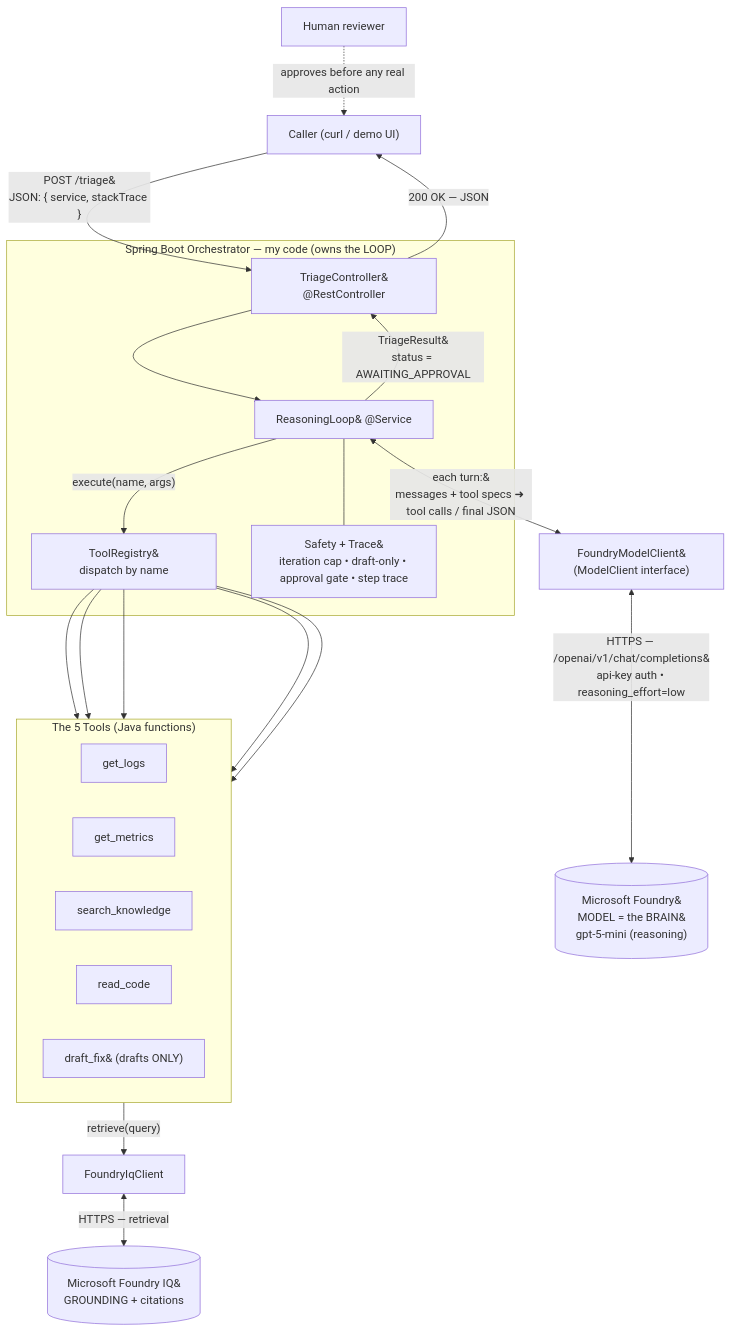
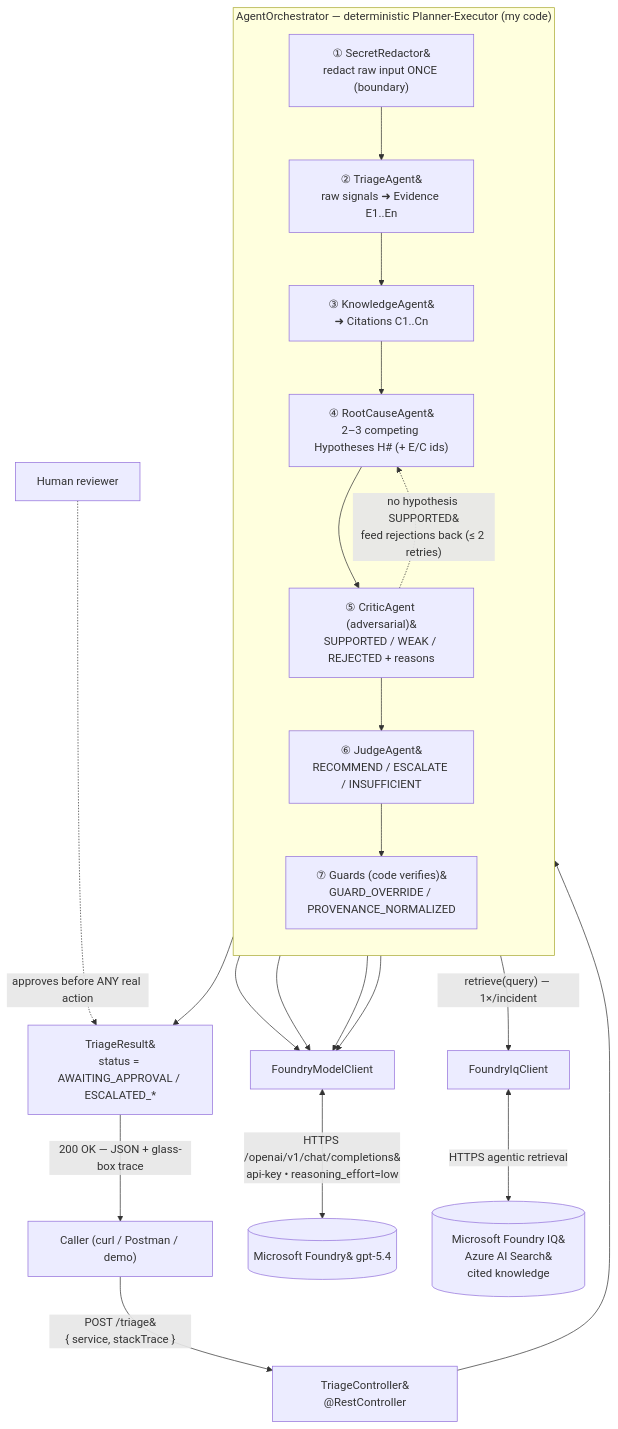
Before and after one commit to PraveenaKumaran/ai-sre-agent: the first of 2 diagrams in docs/architecture.md, drawn with Mermaid. The commit also changed other lines of this file and 10 other files, not shown here.

Commit message:
docs: 5-agent README + architecture diagrams, demo playbook, eval before/after + sample runs

````diff
--- a/docs/architecture.md
+++ b/docs/architecture.md
@@ -18,40 +28,31 @@
 ```mermaid
 flowchart TD
-    Client["Caller (curl / demo UI)"]
-    Client -->|"POST /triage&#10;JSON: { service, stackTrace }"| Controller
+    Client["Caller (curl / Postman / demo)"] -->|"POST /triage&#10;{ service, stackTrace }"| Controller["TriageController&#10;@RestController"]
+    Controller --> Orchestrator
 
-    subgraph Orchestrator["Spring Boot Orchestrator — my code (owns the LOOP)"]
-        Controller["TriageController&#10;@RestController"]
-        Loop["ReasoningLoop&#10;@Service"]
-        Registry["ToolRegistry&#10;dispatch by name"]
-        Safety["Safety + Trace&#10;iteration cap • draft-only • approval gate • step trace"]
-        Controller --> Loop
-        Loop --- Safety
-        Loop -->|"execute(name, args)"| Registry
+    subgraph Orchestrator["AgentOrchestrator — deterministic Planner-Executor (my code)"]
+        direction TB
+        Redact["① SecretRedactor&#10;redact raw input ONCE (boundary)"]
+        Triage["② TriageAgent&#10;raw signals ➜ Evidence E1..En"]
+        Knowledge["③ KnowledgeAgent&#10;➜ Citations C1..Cn"]
+        RootCause["④ RootCauseAgent&#10;2–3 competing Hypotheses H# (+ E/C ids)"]
+        Critic["⑤ CriticAgent (adversarial)&#10;SUPPORTED / WEAK / REJECTED + reasons"]
+        Judge["⑥ JudgeAgent&#10;RECOMMEND / ESCALATE / INSUFFICIENT"]
+        Guards["⑦ Guards (code verifies)&#10;GUARD_OVERRIDE / PROVENANCE_NORMALIZED"]
+        Redact --> Triage --> Knowledge --> RootCause --> Critic
+        Critic -. "no hypothesis SUPPORTED&#10;feed rejections back (≤ 2 retries)" .-> RootCause
+        Critic --> Judge --> Guards
     end
 
-    Loop <-->|"each turn:&#10;messages + tool specs ➜ tool calls / final JSON"| ModelClient["FoundryModelClient&#10;(ModelClient interface)"]
-    ModelClient <-->|"HTTPS — /openai/v1/chat/completions&#10;api-key auth • reasoning_effort=low"| Foundry[("Microsoft Foundry&#10;MODEL = the BRAIN&#10;gpt-5-mini (reasoning)")]
+    Triage --> Model
+    RootCause --> Model
+    Critic --> Model
+    Judge --> Model
+    Model["FoundryModelClient"] <-->|"HTTPS /openai/v1/chat/completions&#10;api-key • reasoning_effort=low"| Foundry[("Microsoft Foundry&#10;gpt-5.4")]
+    Knowledge -->|"retrieve(query) — 1×/incident"| Iq["FoundryIqClient"]
+    Iq <-->|"HTTPS agentic retrieval"| IQ[("Microsoft Foundry IQ&#10;Azure AI Search&#10;cited knowledge")]
 
-    subgraph Tools["The 5 Tools (Java functions)"]
-        direction LR
-        GetLogs["get_logs"]
-        GetMetrics["get_metrics"]
-        SearchK["search_knowledge"]
-        ReadCode["read_code"]
-        DraftFix["draft_fix&#10;(drafts ONLY)"]
-    end
-    Registry --> GetLogs
-    Registry --> GetMetrics
-    Registry --> SearchK
-    Registry --> ReadCode
-    Registry --> DraftFix
-
-    SearchK -->|"retrieve(query)"| IqClient["FoundryIqClient"]
-    IqClient <-->|"HTTPS — retrieval"| IQ[("Microsoft Foundry IQ&#10;GROUNDING + citations")]
-
-    Loop -->|"TriageResult&#10;status = AWAITING_APPROVAL"| Controller
-    Controller -->|"200 OK — JSON"| Client
-
-    Human["Human reviewer"] -.->|"approves before any real action"| Client
+    Guards --> Result["TriageResult&#10;status = AWAITING_APPROVAL / ESCALATED_*"]
+    Result -->|"200 OK — JSON + glass-box trace"| Client
+    Human["Human reviewer"] -. "approves before ANY real action" .-> Result
 ```
````
